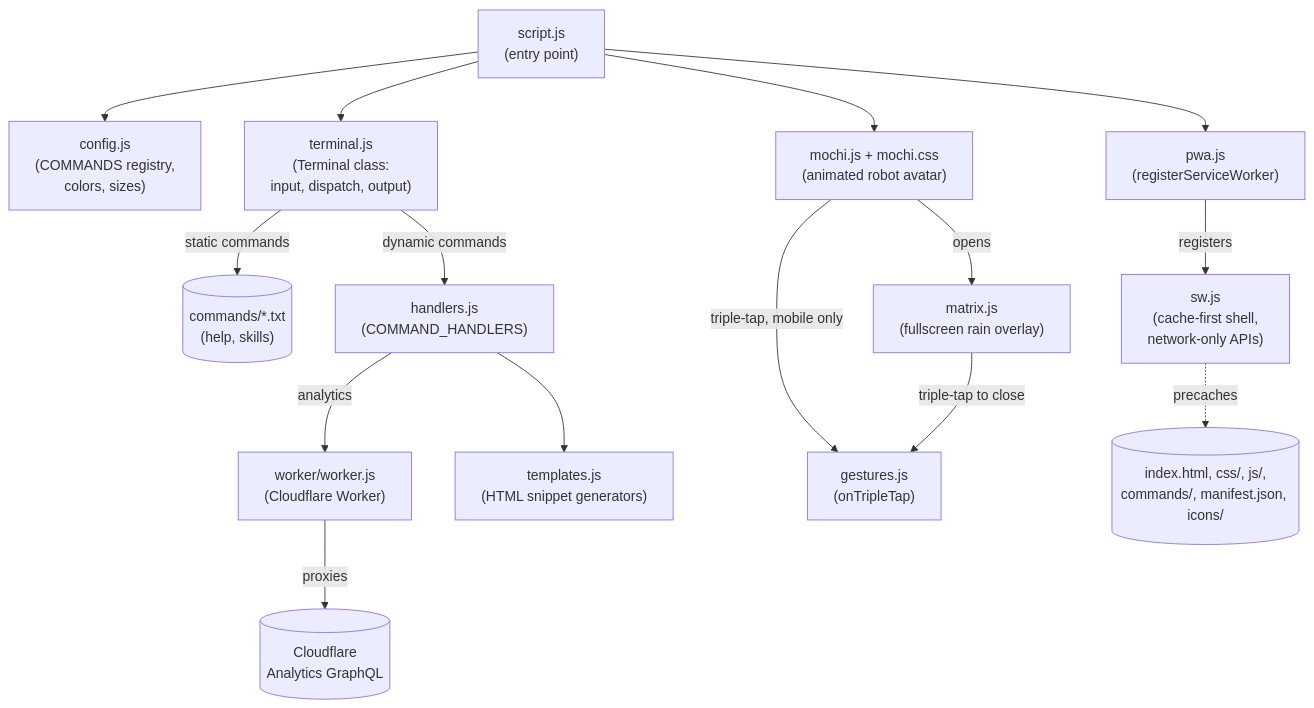
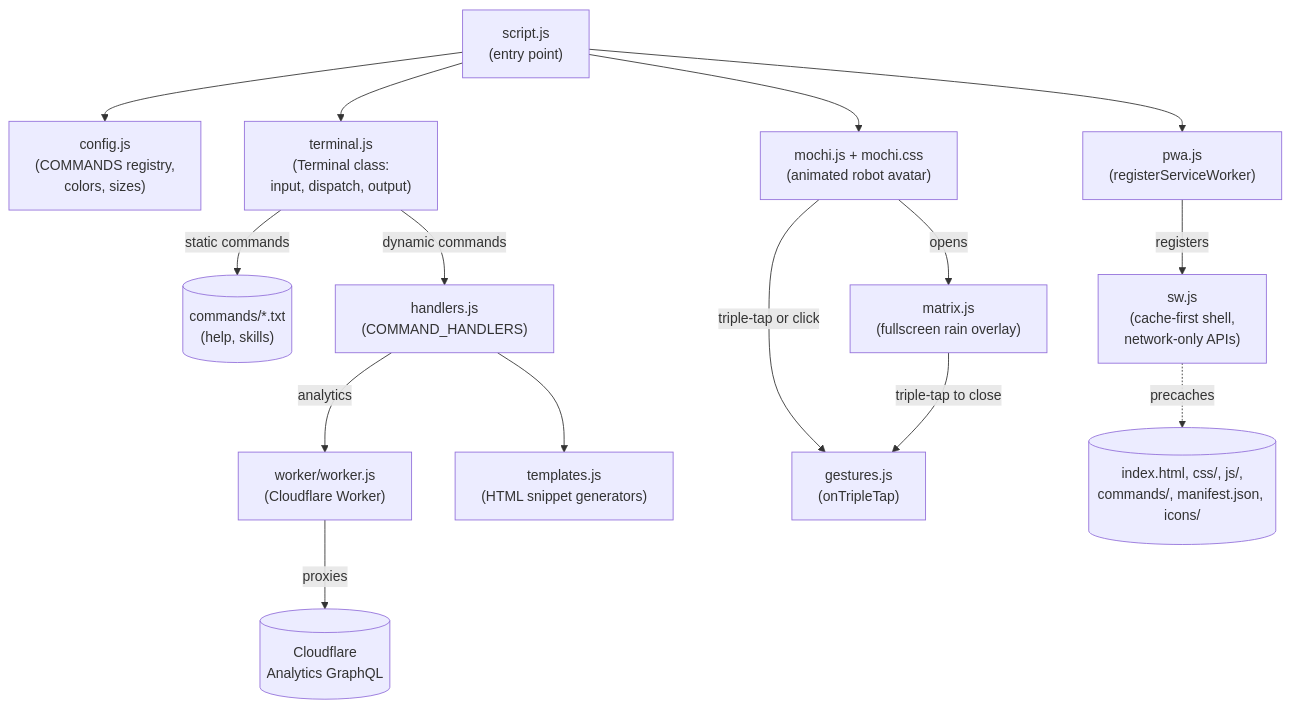
One commit to oleksiisedun/oleksiisedun.com changed the diagram in README.md. Above: the diagram before and after it, drawn with Mermaid. The commit also changed other lines of this file, not shown here.

First line of the commit message:
Fix stale README run command and mobile-only easter egg claims

````diff
--- a/README.md
+++ b/README.md
@@ -23,22 +23,22 @@
 ```mermaid
 graph TD
   Entry["script.js\n(entry point)"] --> Config["config.js\n(COMMANDS registry,\ncolors, sizes)"]
   Entry --> Terminal["terminal.js\n(Terminal class:\ninput, dispatch, output)"]
   Entry --> Mochi["mochi.js + mochi.css\n(animated robot avatar)"]
   Entry --> PWA["pwa.js\n(registerServiceWorker)"]
 
   Terminal -->|static commands| StaticFiles[("commands/*.txt\n(help, skills)")]
   Terminal -->|dynamic commands| Handlers["handlers.js\n(COMMAND_HANDLERS)"]
 
-  Mochi -->|triple-tap, mobile only| Gestures["gestures.js\n(onTripleTap)"]
+  Mochi -->|triple-tap or click| Gestures["gestures.js\n(onTripleTap)"]
   Mochi -->|opens| Matrix["matrix.js\n(fullscreen rain overlay)"]
   Matrix -->|triple-tap to close| Gestures
 
   Handlers -->|analytics| Worker["worker/worker.js\n(Cloudflare Worker)"]
   Worker -->|proxies| CFAnalytics[("Cloudflare\nAnalytics GraphQL")]
 
   Handlers --> Templates["templates.js\n(HTML snippet generators)"]
 
   PWA -->|registers| SW["sw.js\n(cache-first shell,\nnetwork-only APIs)"]
   SW -.->|precaches| Shell[("index.html, css/, js/,\ncommands/, manifest.json, icons/")]
 ```
````
